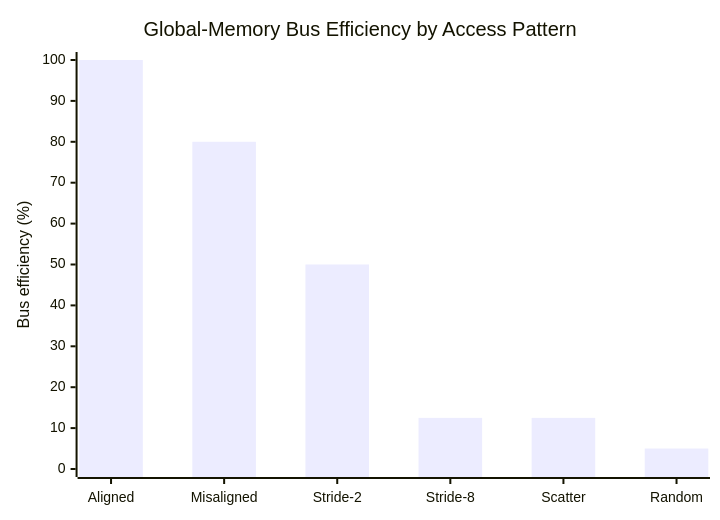
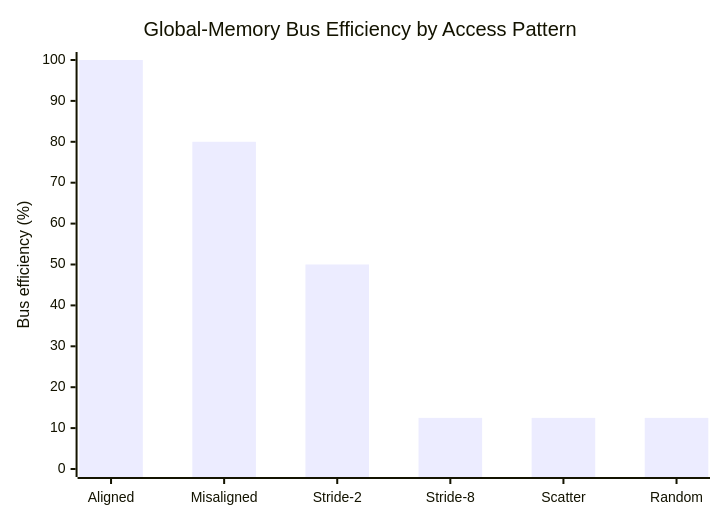
One commit to rppol/system-design changed the second of 5 diagrams in src/main/java/com/rutik/systemdesign/cuda/memory_coalescing_and_access_patterns/README.md. Above: the diagram before and after it, drawn with Mermaid. The commit also changed other lines of this file and 4 other files, not shown here.

````diff
--- a/src/main/java/com/rutik/systemdesign/cuda/memory_coalescing_and_access_patterns/README.md
+++ b/src/main/java/com/rutik/systemdesign/cuda/memory_coalescing_and_access_patterns/README.md
@@ -203,7 +204,7 @@
 ```mermaid
 xychart-beta
     title "Global-Memory Bus Efficiency by Access Pattern"
     x-axis ["Aligned", "Misaligned", "Stride-2", "Stride-8", "Scatter", "Random"]
     y-axis "Bus efficiency (%)" 0 --> 100
-    bar [100, 80, 50, 12.5, 12.5, 5]
+    bar [100, 80, 50, 12.5, 12.5, 12.5]
 ```
````
